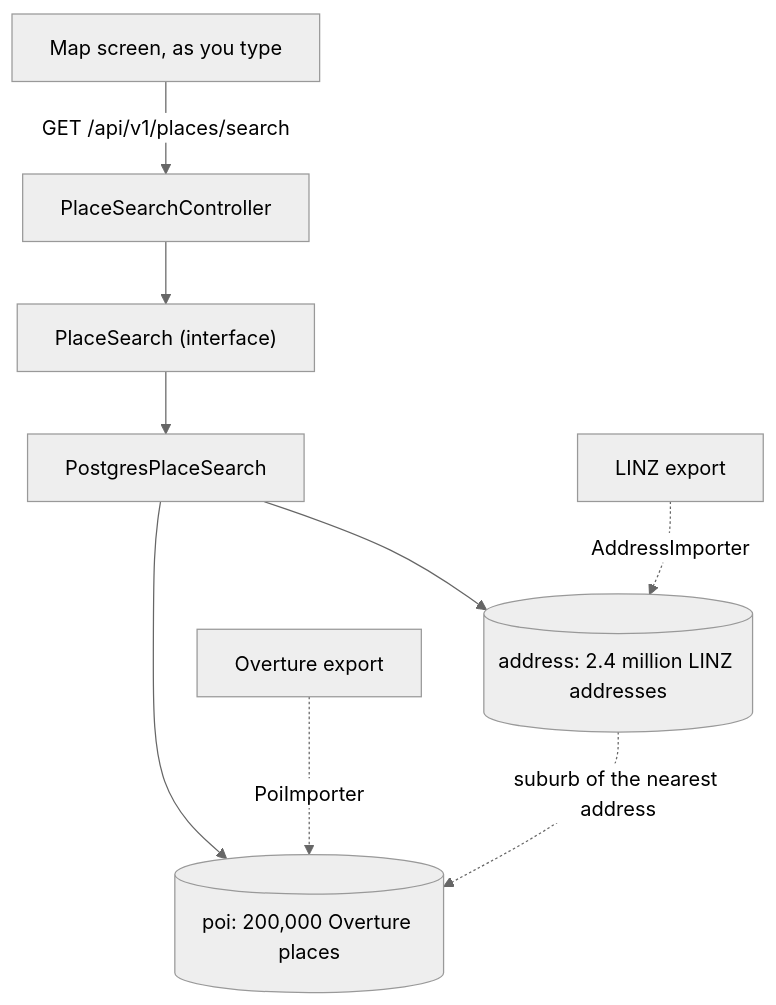
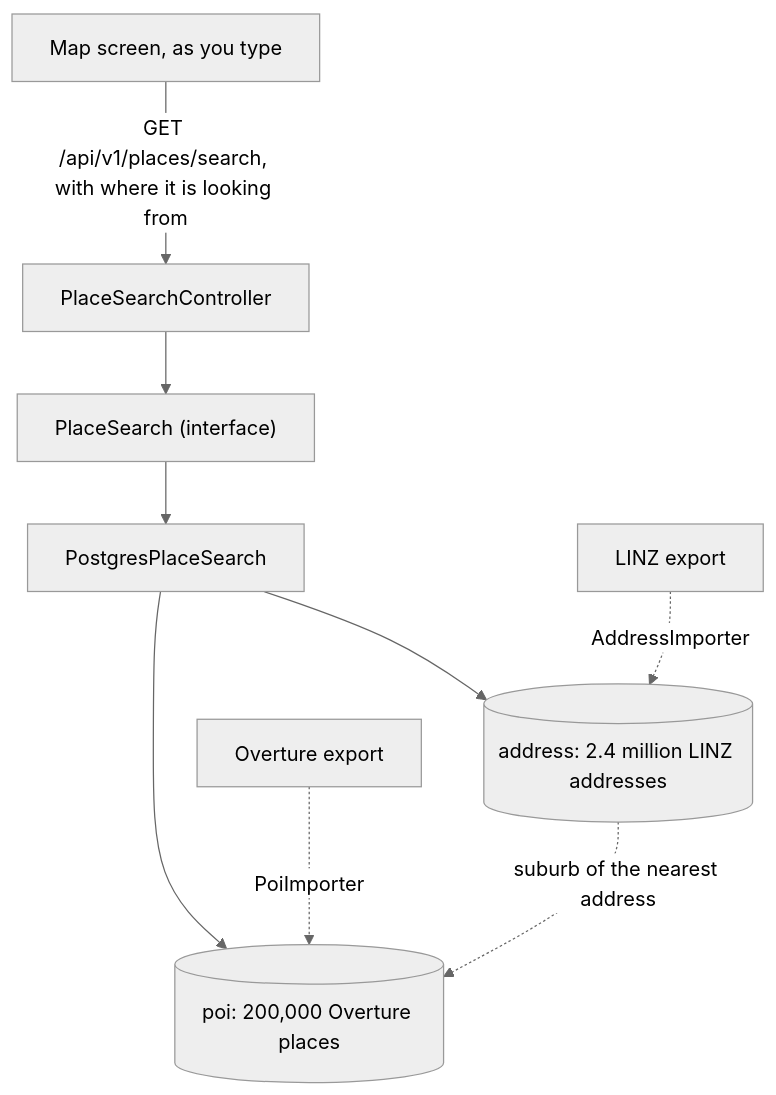
Before and after one commit to gerald-guledew/multi-stop-route-planner: the second of 2 diagrams in docs/architecture.md, drawn with Mermaid (neutral theme). The commit also changed other lines of this file and 18 other files, not shown here.

````diff
--- a/docs/architecture.md
+++ b/docs/architecture.md
@@ -52,11 +52,11 @@
 ```mermaid
 flowchart TD
-    Screen["Map screen, as you type"] -->|"GET /api/v1/places/search"| SearchController[PlaceSearchController]
+    Screen["Map screen, as you type"] -->|"GET /api/v1/places/search, with where it is looking from"| SearchController[PlaceSearchController]
     SearchController --> PlaceSearch["PlaceSearch (interface)"]
     PlaceSearch --> Postgres[PostgresPlaceSearch]
     Postgres --> Address[("address: 2.4 million LINZ addresses")]
     Postgres --> Poi[("poi: 200,000 Overture places")]
     Linz["LINZ export"] -.->|AddressImporter| Address
     Overture["Overture export"] -.->|PoiImporter| Poi
     Address -.->|"suburb of the nearest address"| Poi
 ```
````
